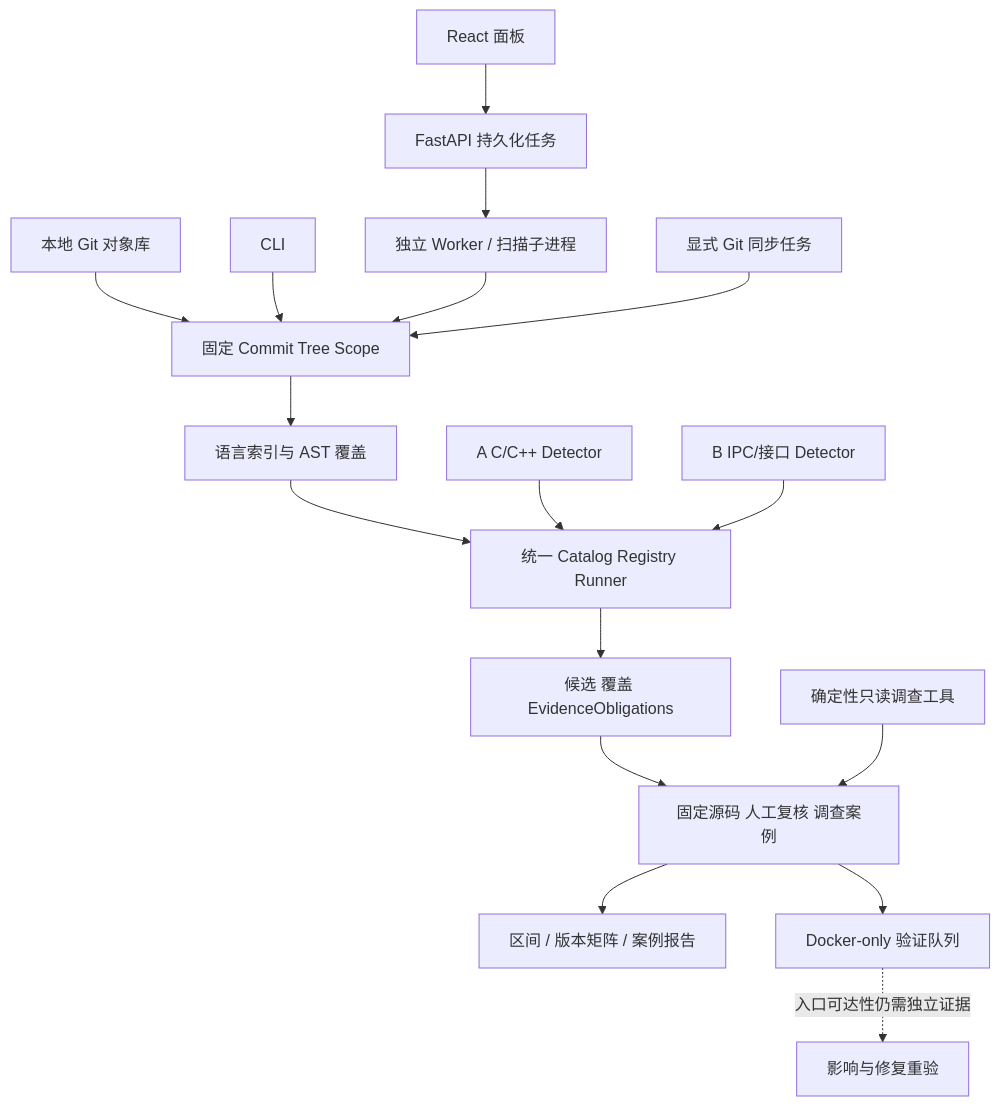
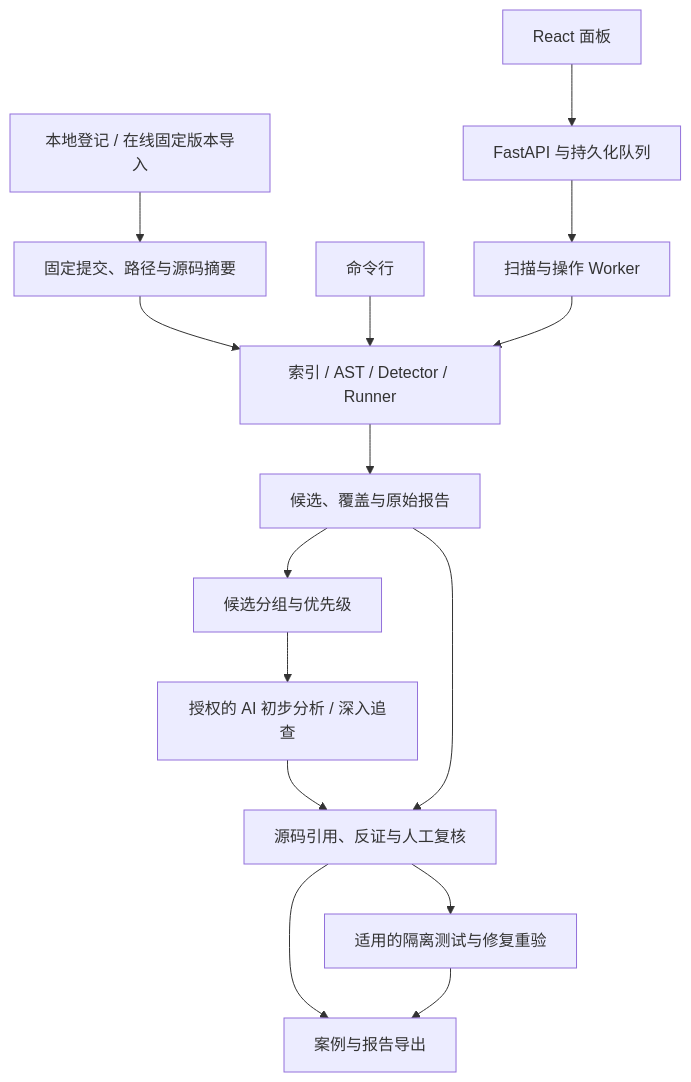
The diagram in docs/架构与公共协议.md (unpredictablexss-lang/CyberSecurity-Innovation-Audit), drawn with Mermaid before and after one commit. The commit also changed other lines of this file and 16 other files, not shown here.

````diff
--- a/docs/架构与公共协议.md
+++ b/docs/架构与公共协议.md
@@ -25,19 +7,17 @@
 ```mermaid
 flowchart TD
-  SRC[本地 Git 对象库] --> PIN[固定 Commit Tree Scope]
-  PIN --> IDX[语言索引与 AST 覆盖]
-  IDX --> RUN[统一 Catalog Registry Runner]
-  A[A C/C++ Detector] --> RUN
-  B[B IPC/接口 Detector] --> RUN
-  RUN --> RESULT[候选 覆盖 EvidenceObligations]
-  CLI[CLI] --> PIN
-  WEB[React 面板] --> API[FastAPI 持久化任务]
-  API --> WORKER[独立 Worker / 扫描子进程]
-  WORKER --> PIN
-  RESULT --> REVIEW[固定源码 人工复核 调查案例]
-  SYNC[显式 Git 同步任务] --> PIN
-  REVIEW --> OPS[区间 / 版本矩阵 / 案例报告]
-  REVIEW --> VALID[Docker-only 验证队列]
-  VALID -. 入口可达性仍需独立证据 .-> IMPACT[影响与修复重验]
-  AG[确定性只读调查工具] --> REVIEW
+  SOURCE[本地登记 / 在线固定版本导入] --> PIN[固定提交、路径与源码摘要]
+  PIN --> CORE[索引 / AST / Detector / Runner]
+  CLI[命令行] --> CORE
+  WEB[React 面板] --> API[FastAPI 与持久化队列]
+  API --> WORKER[扫描与操作 Worker]
+  WORKER --> CORE
+  CORE --> REPORT[候选、覆盖与原始报告]
+  REPORT --> TRIAGE[候选分组与优先级]
+  TRIAGE --> AI[授权的 AI 初步分析 / 深入追查]
+  AI --> REVIEW[源码引用、反证与人工复核]
+  REPORT --> REVIEW
+  REVIEW --> VALIDATE[适用的隔离测试与修复重验]
+  REVIEW --> EXPORT[案例与报告导出]
+  VALIDATE --> EXPORT
 ```
````
